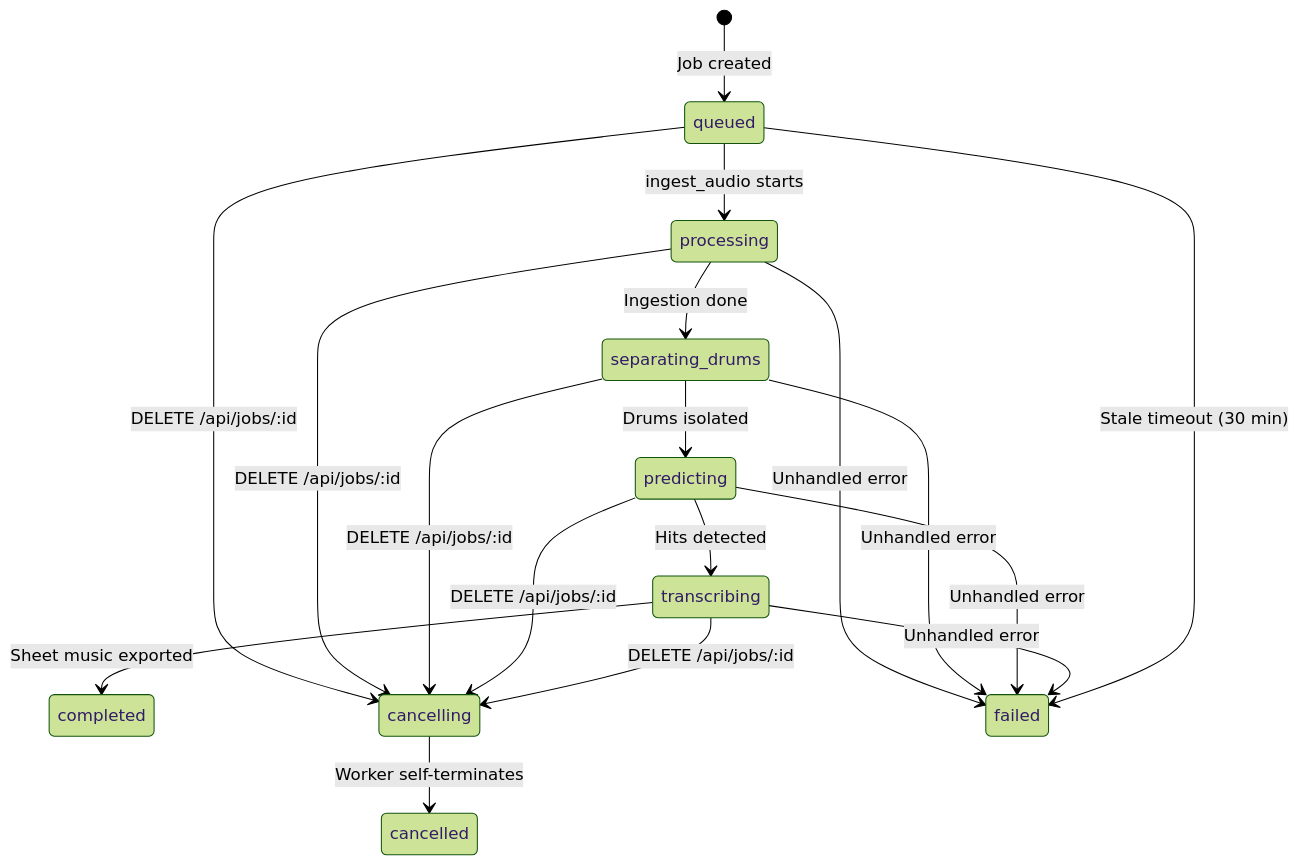
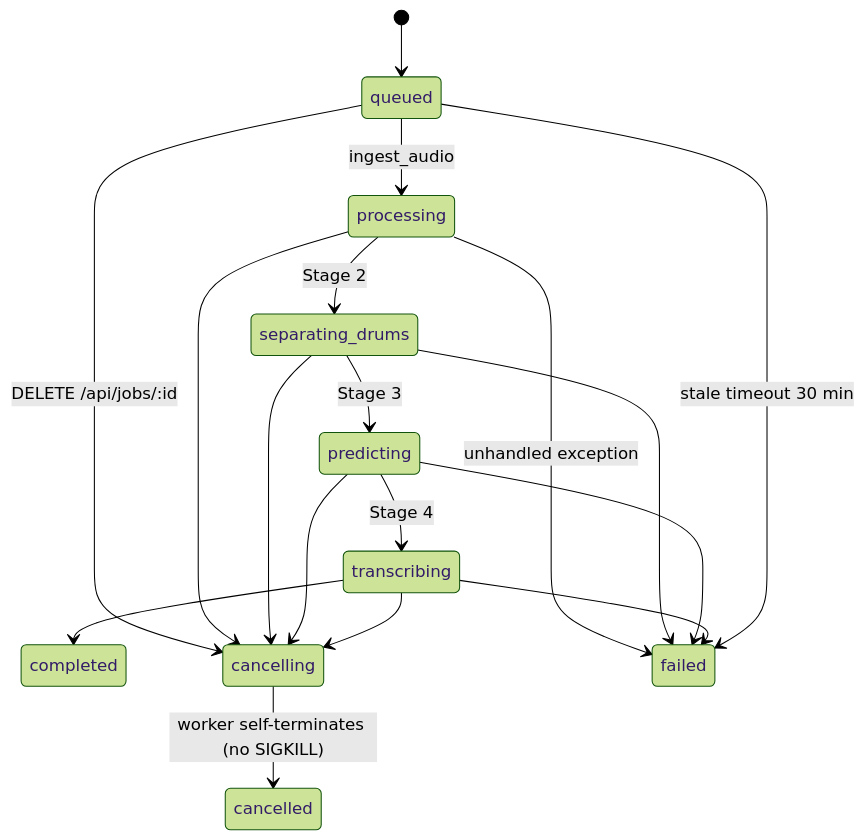
One commit to MatPizzolo/Automatic-Drum-Transcription changed the third of 3 diagrams in README.md. Above: the diagram before and after it, drawn with Mermaid (forest theme). The commit also changed other lines of this file, not shown here.

````diff
--- a/README.md
+++ b/README.md
@@ -168,22 +140,22 @@
 ```mermaid
 stateDiagram-v2
-    [*] --> queued: Job created
-    queued --> processing: ingest_audio starts
-    processing --> separating_drums: Ingestion done
-    separating_drums --> predicting: Drums isolated
-    predicting --> transcribing: Hits detected
-    transcribing --> completed: Sheet music exported
-    
-    queued --> cancelling: DELETE /api/jobs/:id
-    processing --> cancelling: DELETE /api/jobs/:id
-    separating_drums --> cancelling: DELETE /api/jobs/:id
-    predicting --> cancelling: DELETE /api/jobs/:id
-    transcribing --> cancelling: DELETE /api/jobs/:id
-    cancelling --> cancelled: Worker self-terminates
+    [*] --> queued
+    queued --> processing      : ingest_audio
+    processing --> separating_drums : Stage 2
+    separating_drums --> predicting : Stage 3
+    predicting --> transcribing : Stage 4
+    transcribing --> completed
 
-    processing --> failed: Unhandled error
-    separating_drums --> failed: Unhandled error
-    predicting --> failed: Unhandled error
-    transcribing --> failed: Unhandled error
-    queued --> failed: Stale timeout (30 min)
+    queued --> cancelling      : DELETE /api/jobs/:id
+    processing --> cancelling
+    separating_drums --> cancelling
+    predicting --> cancelling
+    transcribing --> cancelling
+    cancelling --> cancelled   : worker self-terminates (no SIGKILL)
+
+    processing --> failed      : unhandled exception
+    separating_drums --> failed
+    predicting --> failed
+    transcribing --> failed
+    queued --> failed          : stale timeout 30 min
 ```
````
